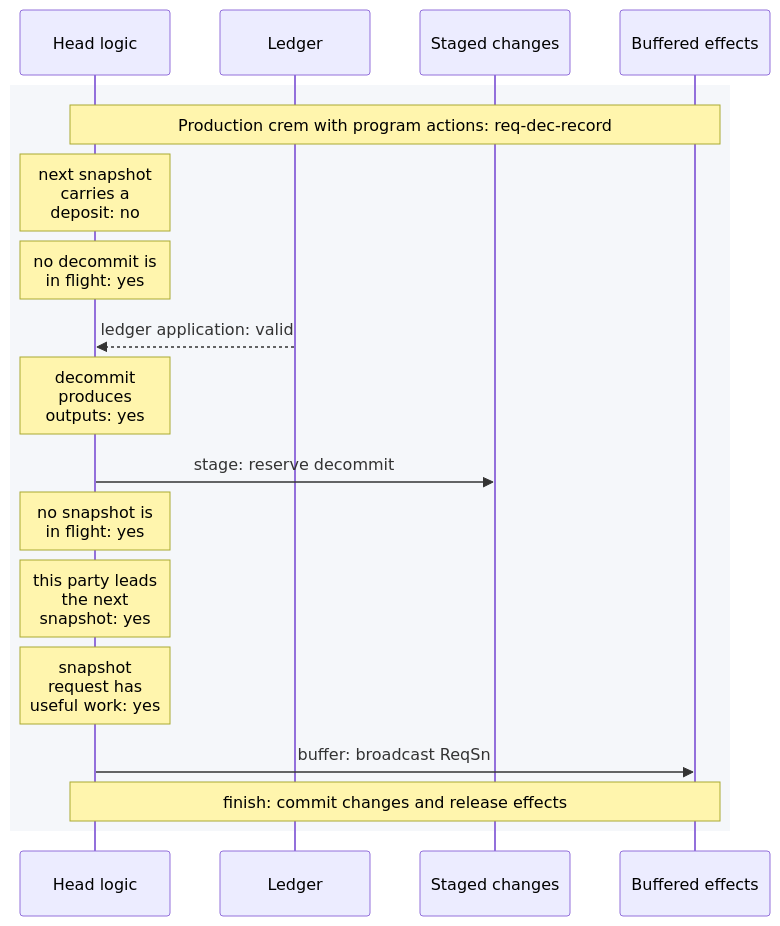
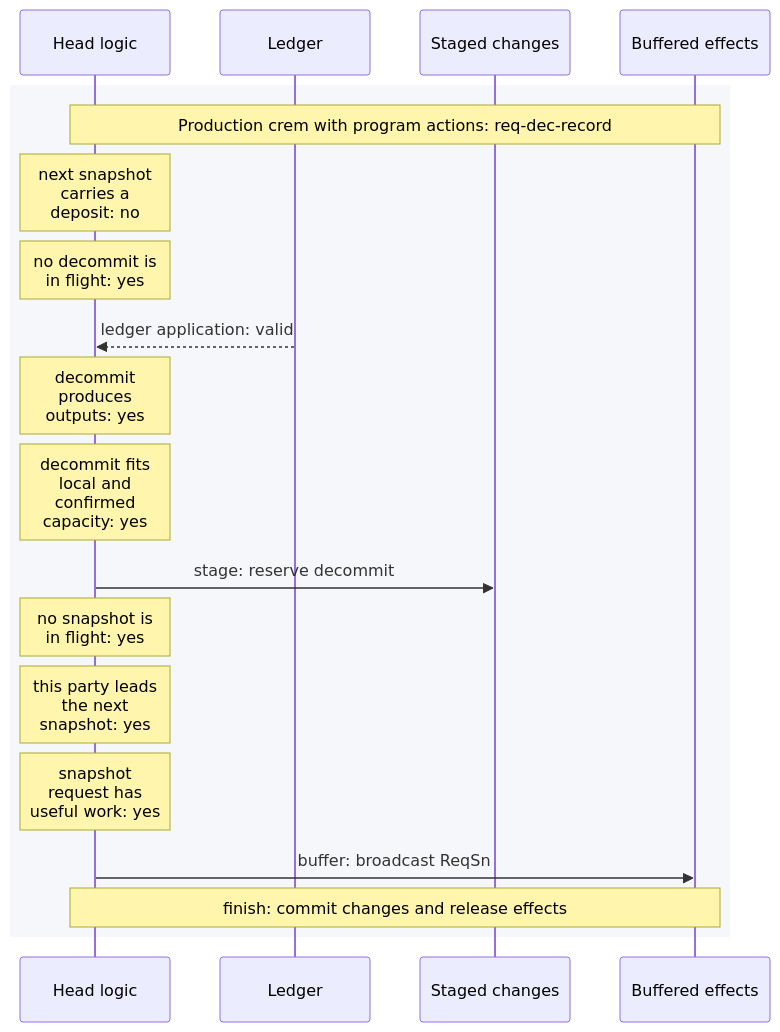
Before and after one commit to cardano-scaling/hydra: the diagram in docs/docs/dev/architecture/head-logic-experiments/workflows/req-dec-record.mmd, drawn with Mermaid. The commit also changed 54 other files, not shown here.

```diff
--- a/docs/docs/dev/architecture/head-logic-experiments/workflows/req-dec-record.mmd
+++ b/docs/docs/dev/architecture/head-logic-experiments/workflows/req-dec-record.mmd
@@ -1,19 +1,20 @@
 %%{init: {"sequence": {"wrap": true}}}%%
 sequenceDiagram
   participant logic as Head logic
   participant ledger as Ledger
   participant changes as Staged changes
   participant effects as Buffered effects
   rect rgb(245, 247, 250)
     Note over logic,effects: Production crem with program actions: req-dec-record
     Note over logic: next snapshot carries a deposit: no
     Note over logic: no decommit is in flight: yes
     ledger-->>logic: ledger application: valid
     Note over logic: decommit produces outputs: yes
+    Note over logic: decommit fits local and confirmed capacity: yes
     logic->>changes: stage: reserve decommit
     Note over logic: no snapshot is in flight: yes
     Note over logic: this party leads the next snapshot: yes
     Note over logic: snapshot request has useful work: yes
     logic->>effects: buffer: broadcast ReqSn
     Note over logic,effects: finish: commit changes and release effects
   end
```
